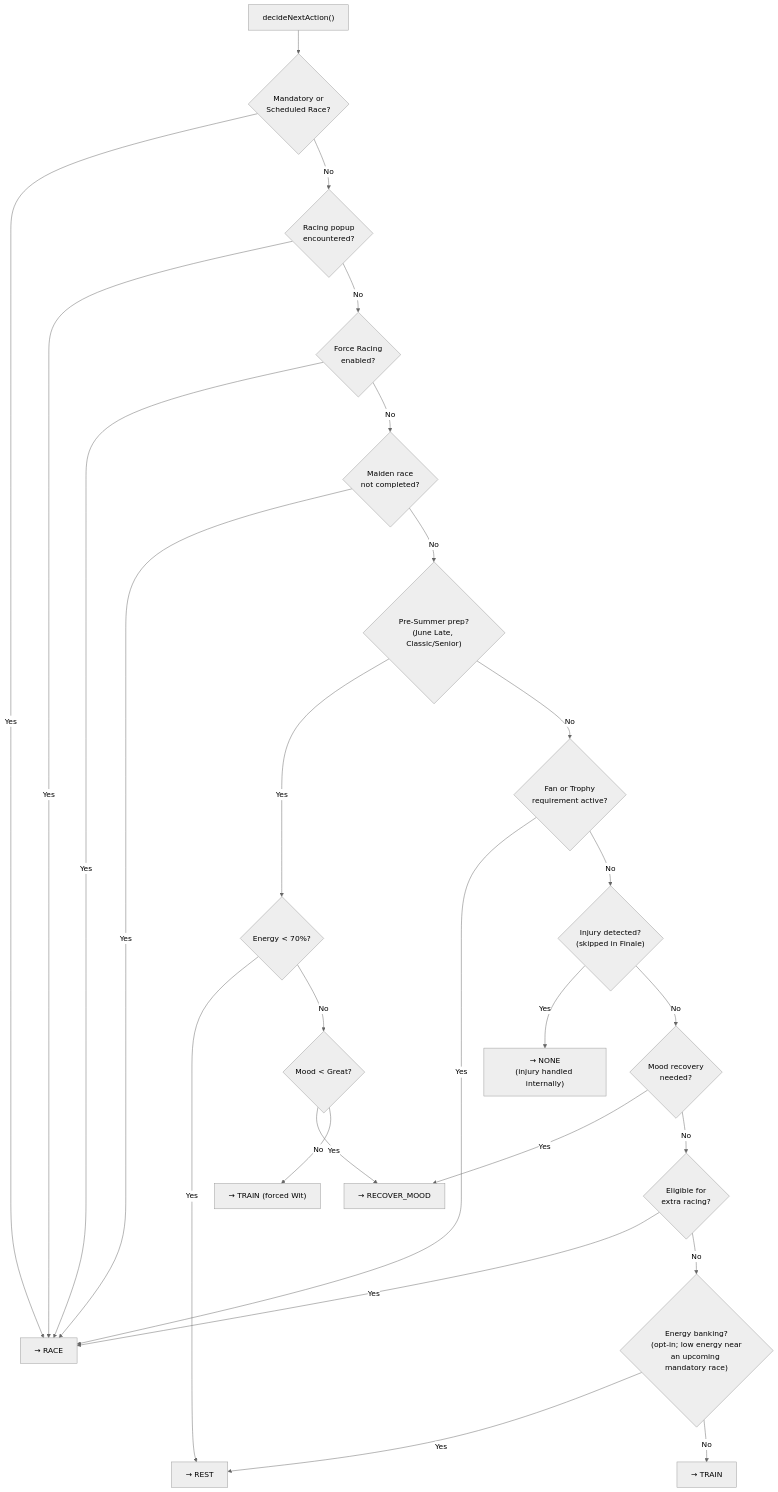
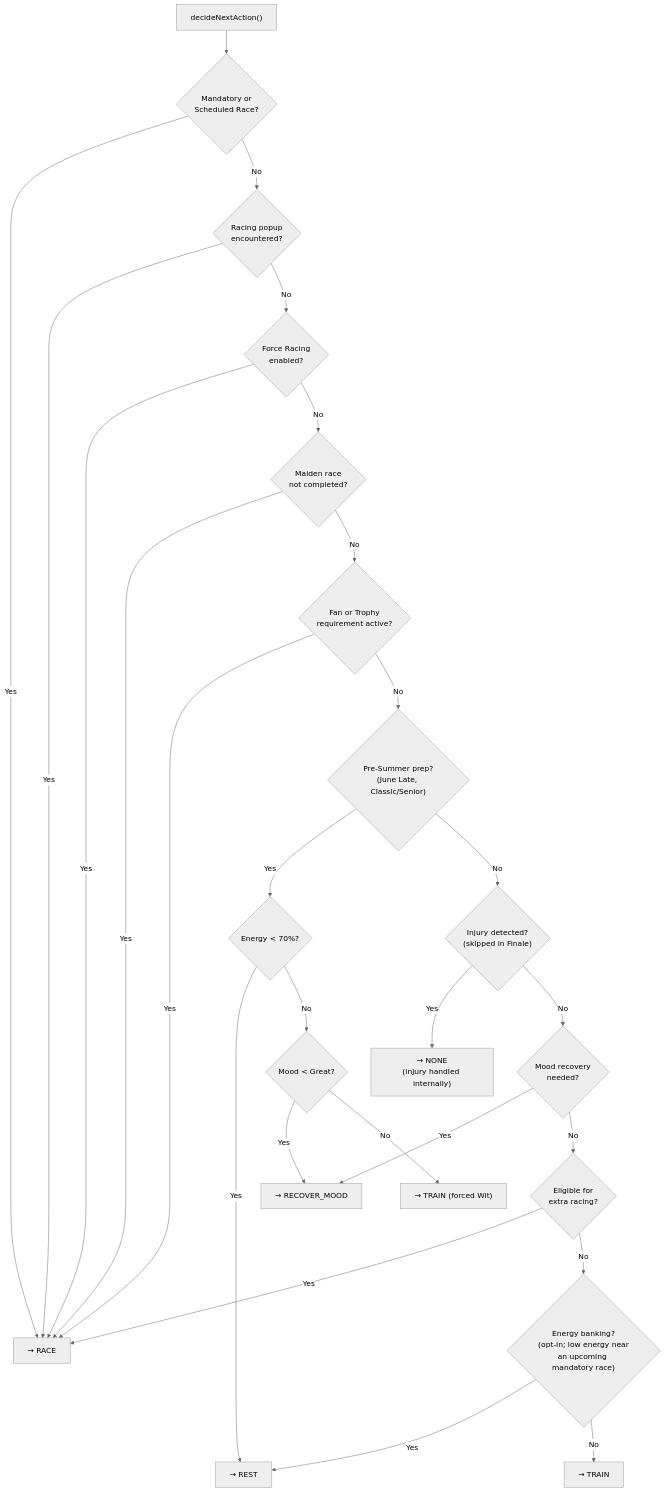
One commit to Staticwitt/uma-android-automation changed the fifth of 8 diagrams in HOW_IT_WORKS.md. Above: the diagram before and after it, drawn with Mermaid (neutral theme). The commit also changed other lines of this file and 33 other files, not shown here.

````diff
--- a/HOW_IT_WORKS.md
+++ b/HOW_IT_WORKS.md
@@ -242,28 +242,28 @@
 ```mermaid
 flowchart TD
     Start["decideNextAction()"] --> A{"Mandatory or\nScheduled Race?"}
     A -->|Yes| RACE["→ RACE"]
     A -->|No| B{"Racing popup\nencountered?"}
     B -->|Yes| RACE
     B -->|No| C{"Force Racing\nenabled?"}
     C -->|Yes| RACE
     C -->|No| D{"Maiden race\nnot completed?"}
     D -->|Yes| RACE
-    D -->|No| E{"Pre-Summer prep?\n(June Late, Classic/Senior)"}
+    D -->|No| F{"Fan or Trophy\nrequirement active?"}
+    F -->|Yes| RACE
+    F -->|No| E{"Pre-Summer prep?\n(June Late, Classic/Senior)"}
     E -->|Yes| PreSummer{"Energy < 70%?"}
     PreSummer -->|Yes| REST["→ REST"]
     PreSummer -->|No| MoodCheck{"Mood < Great?"}
     MoodCheck -->|Yes| RECOVER["→ RECOVER_MOOD"]
     MoodCheck -->|No| WIT["→ TRAIN (forced Wit)"]
-    E -->|No| F{"Fan or Trophy\nrequirement active?"}
-    F -->|Yes| RACE
-    F -->|No| G{"Injury detected?\n(skipped in Finale)"}
+    E -->|No| G{"Injury detected?\n(skipped in Finale)"}
     G -->|Yes| NONE["→ NONE\n(injury handled internally)"]
     G -->|No| H{"Mood recovery\nneeded?"}
     H -->|Yes| RECOVER
     H -->|No| I{"Eligible for\nextra racing?"}
     I -->|Yes| RACE
     I -->|No| J{"Energy banking?\n(opt-in; low energy near\nan upcoming mandatory race)"}
     J -->|Yes| REST
     J -->|No| TRAIN["→ TRAIN"]
 ```
````
